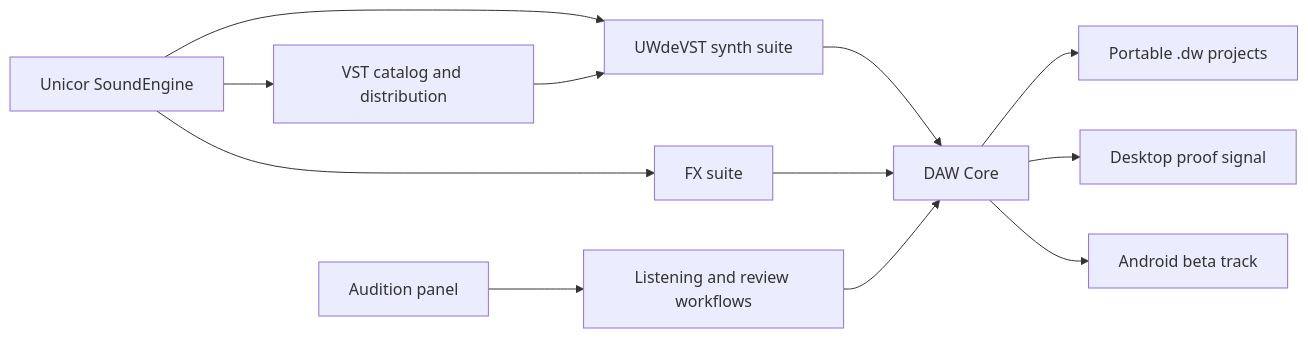
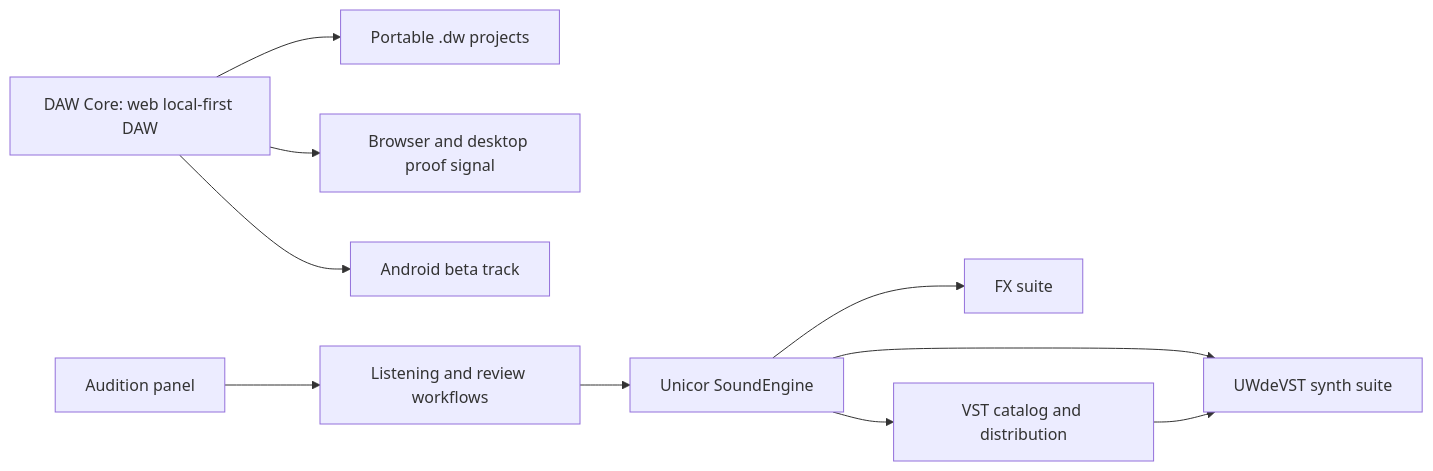
Before and after one commit to charli-dev420/presentation-projet-music: the first of 2 diagrams in docs/project-map.md, drawn with Mermaid. The commit also changed other lines of this file and 13 other files, not shown here.

Commit message:
Clarify DAW Core positioning

````diff
--- a/docs/project-map.md
+++ b/docs/project-map.md
@@ -23,14 +23,12 @@
 ```mermaid
 flowchart LR
-    A[DAW Core] --> B[Portable .dw projects]
-    A --> C[Desktop proof signal]
+    A[DAW Core: web local-first DAW] --> B[Portable .dw projects]
+    A --> C[Browser and desktop proof signal]
     A --> D[Android beta track]
     E[Unicor SoundEngine] --> F[UWdeVST synth suite]
     E --> G[FX suite]
     E --> H[VST catalog and distribution]
     I[Audition panel] --> J[Listening and review workflows]
-    F --> A
-    G --> A
     H --> F
-    J --> A
+    J --> E
 ```
````
